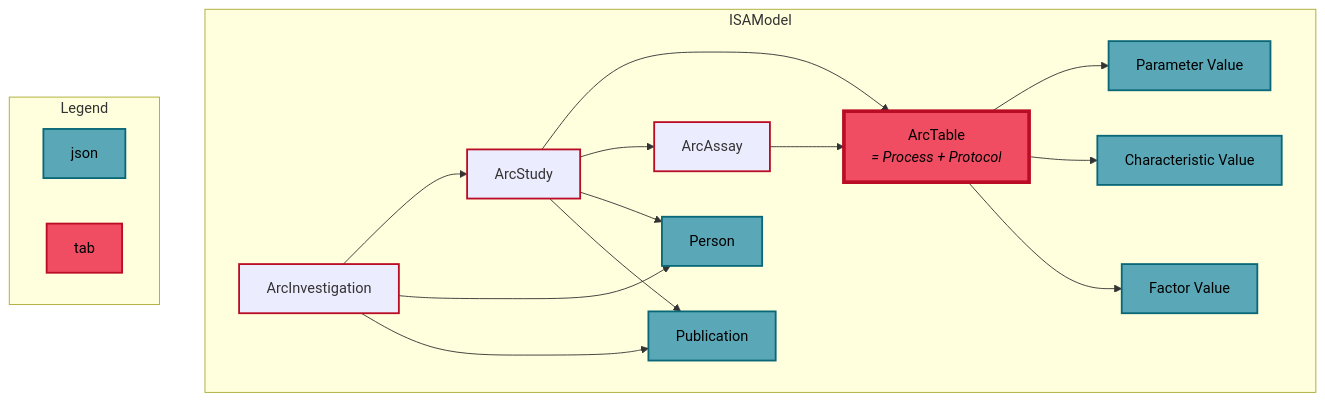
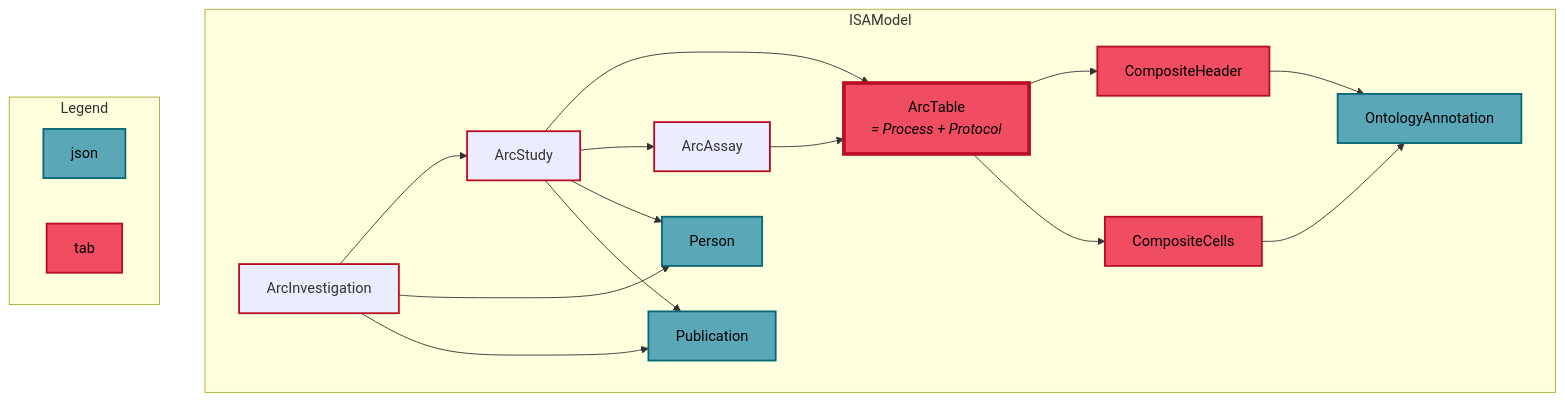
The first of 2 diagrams in src/ISA/README.md (nfdi4plants/ARCtrl), drawn with Mermaid before and after one commit. The commit also changed other lines of this file, not shown here.

````diff
--- a/src/ISA/README.md
+++ b/src/ISA/README.md
@@ -25,60 +25,60 @@
 ```mermaid
 flowchart TD
 
 
 subgraph ISAModel
 
     person[Person]
     publication[Publication]
 
-    ppv[Parameter Value]
-    cv[Characteristic Value]
-    fv[Factor Value]
+    ch[CompositeHeader]
+    cc[CompositeCells]
+    oa[OntologyAnnotation]
 
     table[ArcTable<br><i>= Process + Protocol</i>]
 
     assay[ArcAssay]
     study[ArcStudy]
     investigation[ArcInvestigation]
 
 end 
 
-table --> ppv
-table --> cv
-table --> fv
+table --> ch
+table --> cc
+ch --> oa
+cc --> oa
 
 assay --> table
 study --> table
 
 study --> assay
 investigation --> study
 
 study --> person
 investigation --> person
 study --> publication
 investigation --> publication
 
 subgraph Legend
     json
     tab
 end
 
 %% Colorscheme
 %% https://paletton.com/#uid=33m0E0kqOtKgGDvlJvDu0oyxCjs
 
 style json fill:#5AA8B7,stroke:#0A6778,stroke-width:2px,color: black
 style tab fill:#F04D63,stroke:#BA0C24,stroke-width:2px,color: black
 
-style ppv fill:#5AA8B7,stroke:#0A6778,stroke-width:2px,color: black
-style fv fill:#5AA8B7,stroke:#0A6778,stroke-width:2px,color: black
-style cv fill:#5AA8B7,stroke:#0A6778,stroke-width:2px,color: black
+style ch fill:#F04D63,stroke:#BA0C24,stroke-width:2px,color: black
+style cc fill:#F04D63,stroke:#BA0C24,stroke-width:2px,color: black
+style oa fill:#5AA8B7,stroke:#0A6778,stroke-width:2px,color: black
 style person fill:#5AA8B7,stroke:#0A6778,stroke-width:2px,color: black
 style publication fill:#5AA8B7,stroke:#0A6778,stroke-width:2px,color: black
 
 style table fill:#F04D63,stroke:#BA0C24,stroke-width:4px,color: black
 style assay stroke:#BA0C24,stroke-width:2px
 style study stroke:#BA0C24,stroke-width:2px
 style investigation stroke:#BA0C24,stroke-width:2px
 
-
 ```
````
